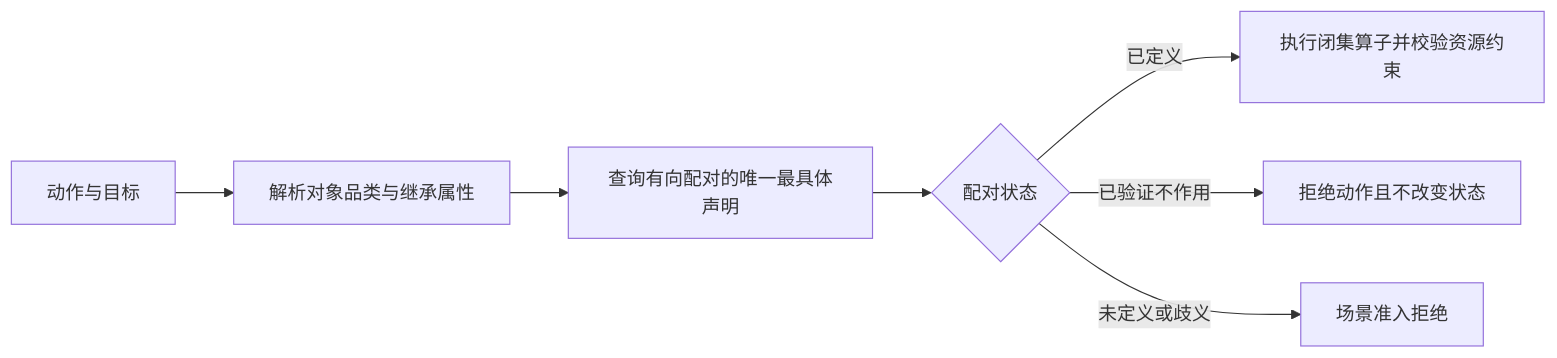
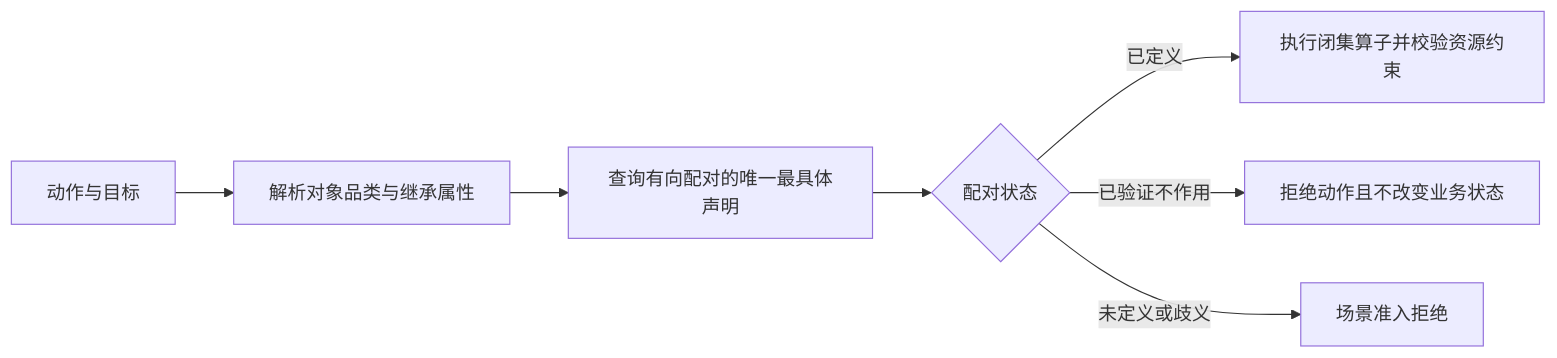
Before and after one commit to HoldThatThgt/WorldMock: the fourth of 6 diagrams in docs/design/02-exchange-engine.md, drawn with Mermaid. The commit also changed 14 other files, not shown here.

````diff
--- a/docs/design/02-exchange-engine.md
+++ b/docs/design/02-exchange-engine.md
@@ -148,9 +148,9 @@
 ```mermaid
 flowchart LR
     A[动作与目标] --> B[解析对象品类与继承属性]
     B --> C[查询有向配对的唯一最具体声明]
     C --> D{配对状态}
     D -->|已定义| E[执行闭集算子并校验资源约束]
-    D -->|已验证不作用| F[拒绝动作且不改变状态]
+    D -->|已验证不作用| F[拒绝动作且不改变业务状态]
     D -->|未定义或歧义| G[场景准入拒绝]
 ```
````
